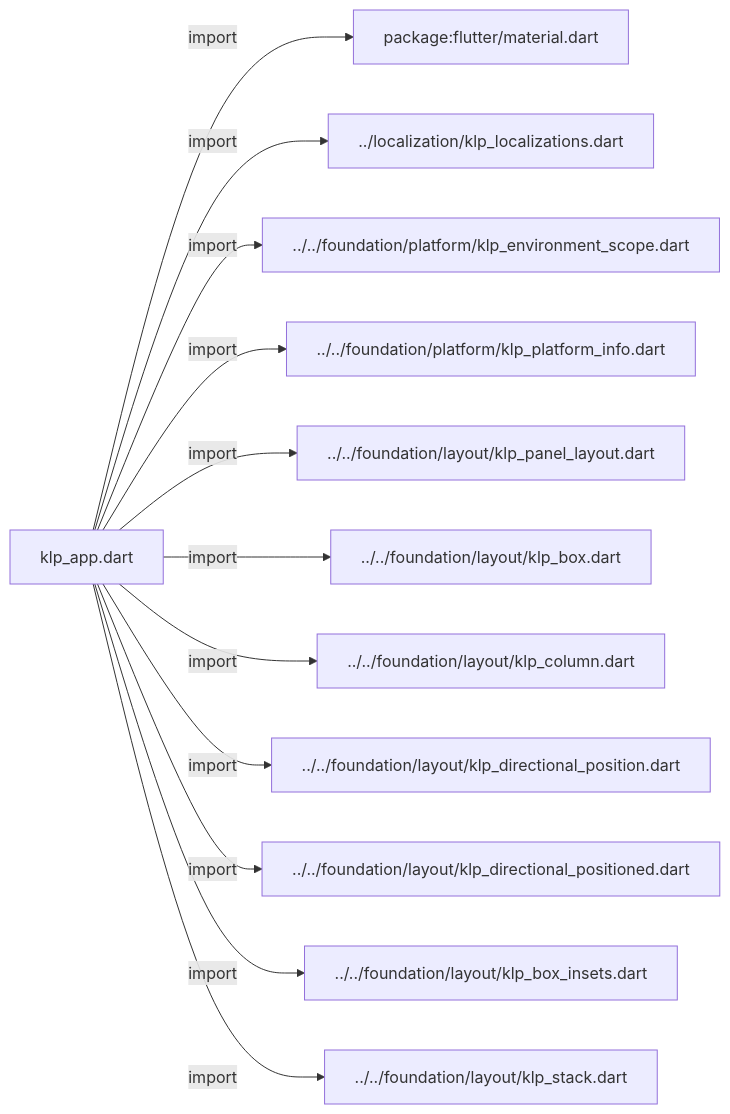
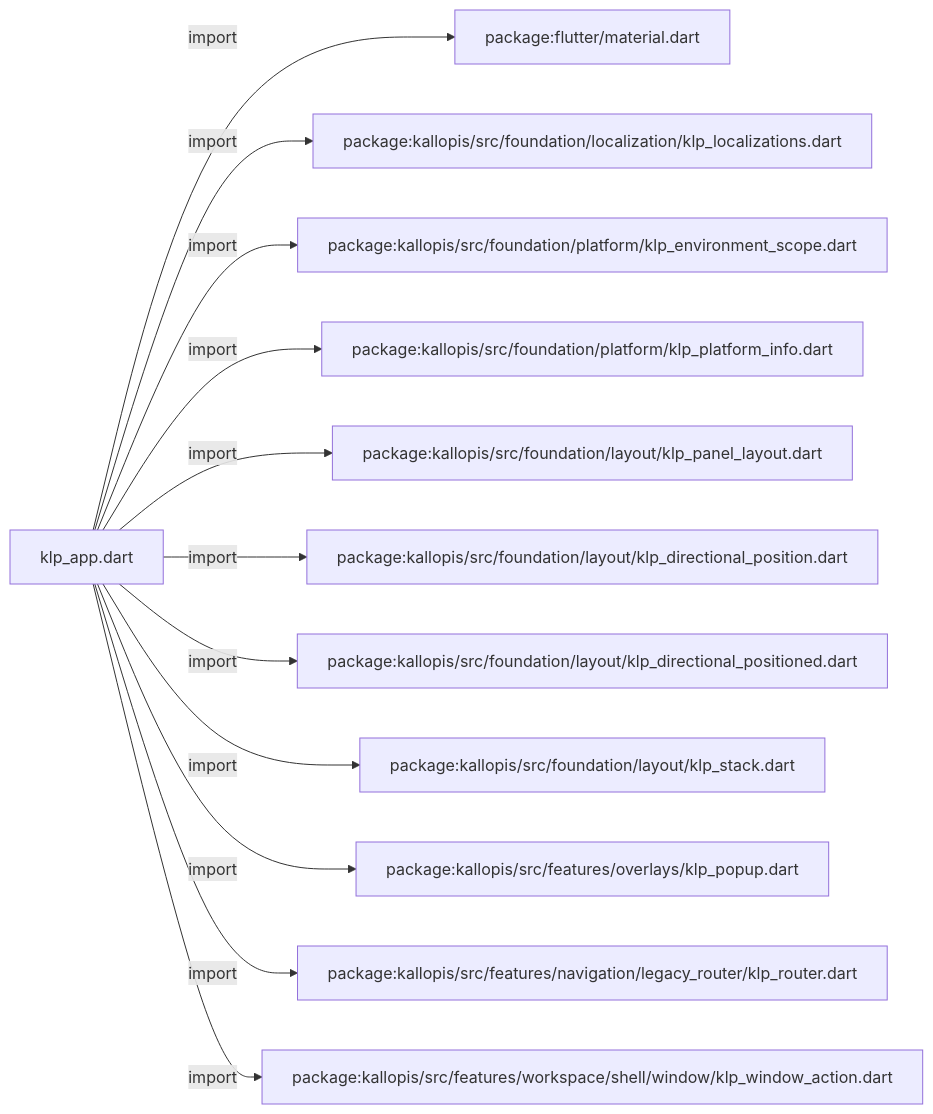
One commit to MiuDog/Kallopis changed the first of 4 diagrams in docs/architecture/src/application/legacy/klp_app.md. Above: the diagram before and after it, drawn with Mermaid. The commit also changed other lines of this file and 9688 other files, not shown here.

Commit message:
Prepare isolated Flow F2 peer baseline

````diff
--- a/docs/architecture/src/application/legacy/klp_app.md
+++ b/docs/architecture/src/application/legacy/klp_app.md
@@ -11,26 +11,26 @@
 ```mermaid
 flowchart LR
 	n0["klp_app.dart"]
 	n1["package:flutter/material.dart"]
-	n2["../localization/klp_localizations.dart"]
-	n3["../../foundation/platform/klp_environment_scope.dart"]
-	n4["../../foundation/platform/klp_platform_info.dart"]
-	n5["../../foundation/layout/klp_panel_layout.dart"]
-	n6["../../foundation/layout/klp_box.dart"]
-	n7["../../foundation/layout/klp_column.dart"]
-	n8["../../foundation/layout/klp_directional_position.dart"]
-	n9["../../foundation/layout/klp_directional_positioned.dart"]
-	n10["../../foundation/layout/klp_box_insets.dart"]
-	n11["../../foundation/layout/klp_stack.dart"]
+	n2["package:kallopis/src/foundation/localization/klp_localizations.dart"]
+	n3["package:kallopis/src/foundation/platform/klp_environment_scope.dart"]
+	n4["package:kallopis/src/foundation/platform/klp_platform_info.dart"]
+	n5["package:kallopis/src/foundation/layout/klp_panel_layout.dart"]
+	n6["package:kallopis/src/foundation/layout/klp_directional_position.dart"]
+	n7["package:kallopis/src/foundation/layout/klp_directional_positioned.dart"]
+	n8["package:kallopis/src/foundation/layout/klp_stack.dart"]
+	n9["package:kallopis/src/features/overlays/klp_popup.dart"]
+	n10["package:kallopis/src/features/navigation/legacy_router/klp_router.dart"]
+	n11["package:kallopis/src/features/workspace/shell/window/klp_window_action.dart"]
 	n0 -->|"import"| n1
 	n0 -->|"import"| n2
 	n0 -->|"import"| n3
 	n0 -->|"import"| n4
 	n0 -->|"import"| n5
 	n0 -->|"import"| n6
 	n0 -->|"import"| n7
 	n0 -->|"import"| n8
 	n0 -->|"import"| n9
 	n0 -->|"import"| n10
 	n0 -->|"import"| n11
 ```
````
